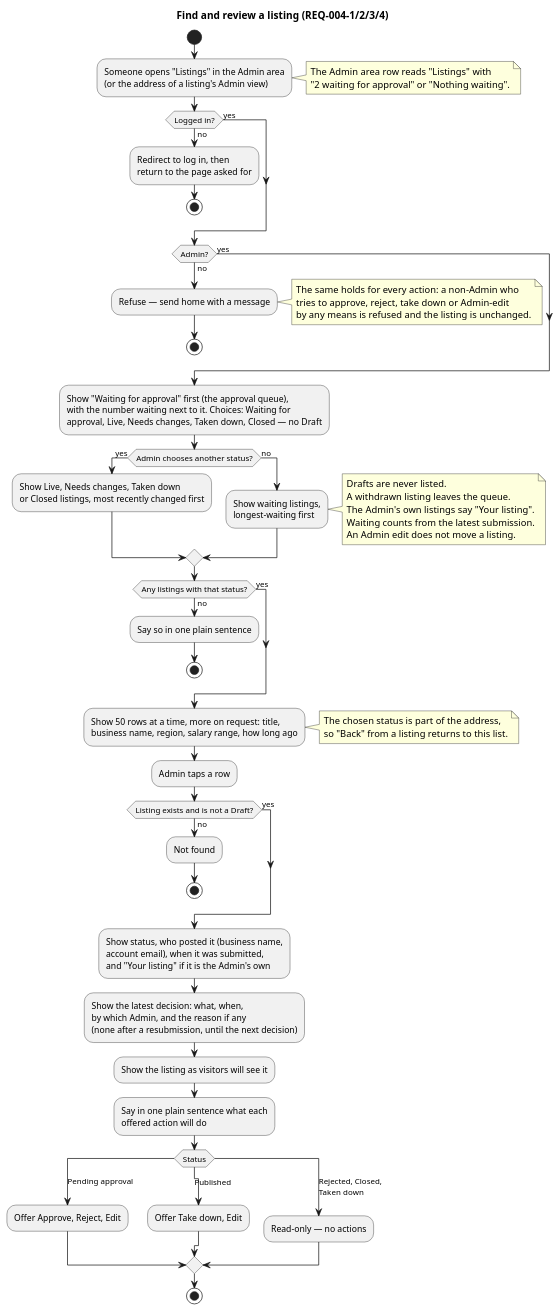
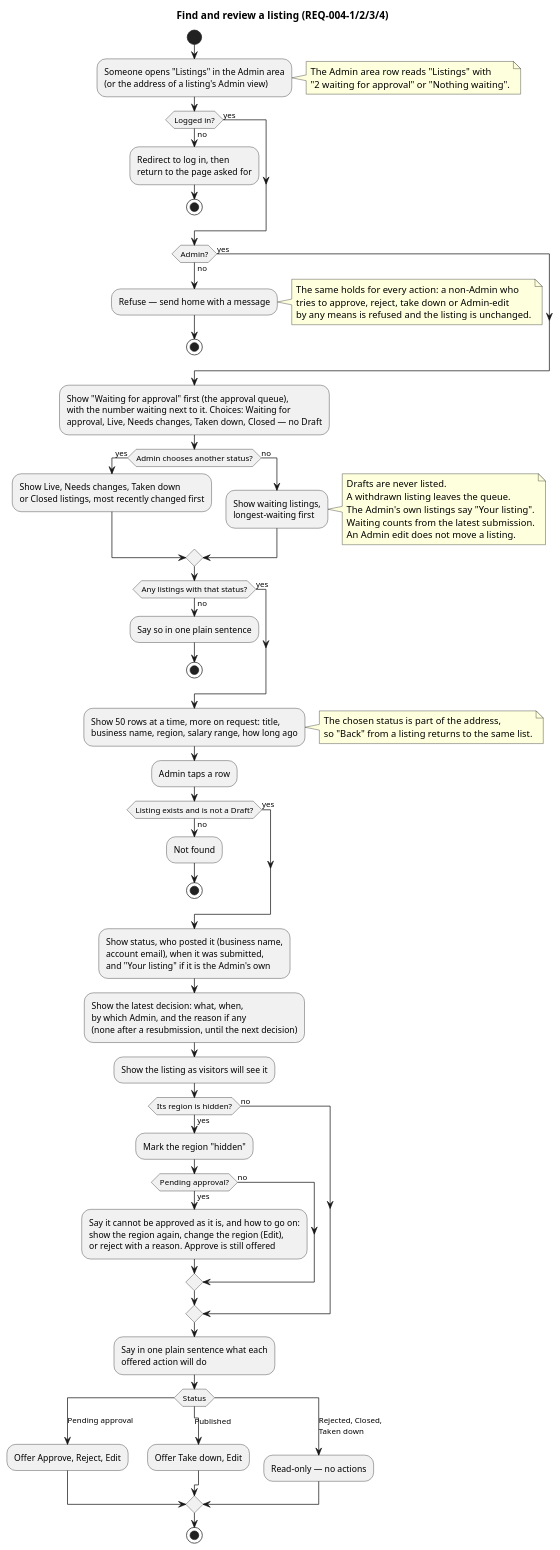
One commit to raseniero/jairojobs-elixir changed the diagram in docs/specs/004-listings-admin-moderation/diagrams/activity-find-and-review.puml. Above: the diagram before and after it, drawn with PlantUML. The commit also changed 6 other files, not shown here.

Commit message:
docs(spec 004): close five gaps (waiting count, landings, hidden-region warning, concurrent edits, demoted owner)

```diff
--- a/docs/specs/004-listings-admin-moderation/diagrams/activity-find-and-review.puml
+++ b/docs/specs/004-listings-admin-moderation/diagrams/activity-find-and-review.puml
@@ -1,80 +1,90 @@
 @startuml activity-find-and-review
 ' Spec 004 — who may moderate, the queue, listings by status, the Admin view (REQ-004-1, -2, -3, -4)
 title Find and review a listing (REQ-004-1/2/3/4)
 
 start
 :Someone opens "Listings" in the Admin area
 (or the address of a listing's Admin view);
 note right
   The Admin area row reads "Listings" with
   "2 waiting for approval" or "Nothing waiting".
 end note
 if (Logged in?) then (no)
   :Redirect to log in, then
   return to the page asked for;
   stop
 else (yes)
 endif
 if (Admin?) then (no)
   :Refuse — send home with a message;
   note right
     The same holds for every action: a non-Admin who
     tries to approve, reject, take down or Admin-edit
     by any means is refused and the listing is unchanged.
   end note
   stop
 else (yes)
 endif
 :Show "Waiting for approval" first (the approval queue),
 with the number waiting next to it. Choices: Waiting for
 approval, Live, Needs changes, Taken down, Closed — no Draft;
 if (Admin chooses another status?) then (yes)
   :Show Live, Needs changes, Taken down
   or Closed listings, most recently changed first;
 else (no)
   :Show waiting listings,
   longest-waiting first;
   note right
     Drafts are never listed.
     A withdrawn listing leaves the queue.
     The Admin's own listings say "Your listing".
     Waiting counts from the latest submission.
     An Admin edit does not move a listing.
   end note
 endif
 if (Any listings with that status?) then (no)
   :Say so in one plain sentence;
   stop
 else (yes)
 endif
 :Show 50 rows at a time, more on request: title,
 business name, region, salary range, how long ago;
 note right
   The chosen status is part of the address,
-  so "Back" from a listing returns to this list.
+  so "Back" from a listing returns to the same list.
 end note
 :Admin taps a row;
 if (Listing exists and is not a Draft?) then (no)
   :Not found;
   stop
 else (yes)
 endif
 :Show status, who posted it (business name,
 account email), when it was submitted,
 and "Your listing" if it is the Admin's own;
 :Show the latest decision: what, when,
 by which Admin, and the reason if any
 (none after a resubmission, until the next decision);
 :Show the listing as visitors will see it;
+if (Its region is hidden?) then (yes)
+  :Mark the region "hidden";
+  if (Pending approval?) then (yes)
+    :Say it cannot be approved as it is, and how to go on:
+    show the region again, change the region (Edit),
+    or reject with a reason. Approve is still offered;
+  else (no)
+  endif
+else (no)
+endif
 :Say in one plain sentence what each
 offered action will do;
 switch (Status)
 case (Pending approval)
   :Offer Approve, Reject, Edit;
 case (Published)
   :Offer Take down, Edit;
 case (Rejected, Closed,\nTaken down)
   :Read-only — no actions;
 endswitch
 stop
 @enduml
```
